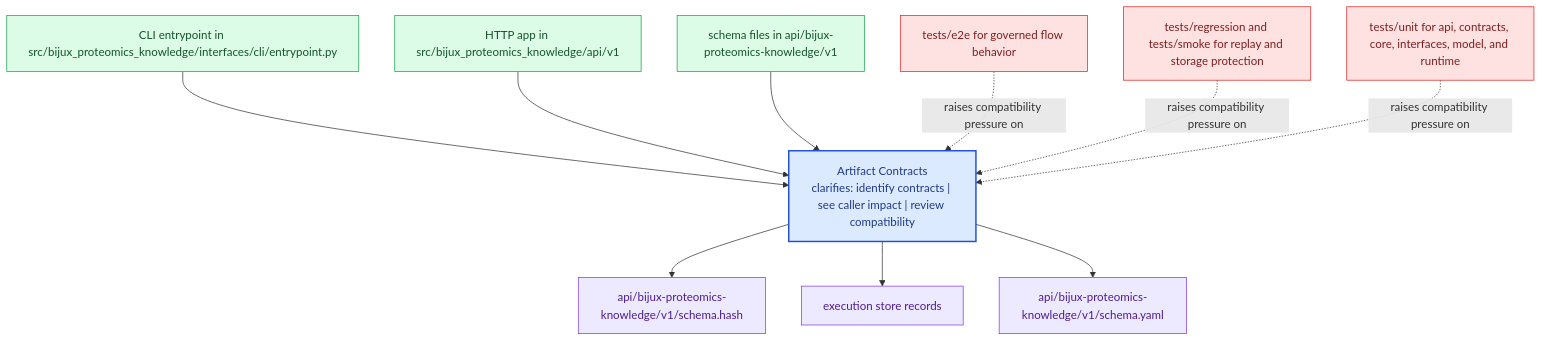
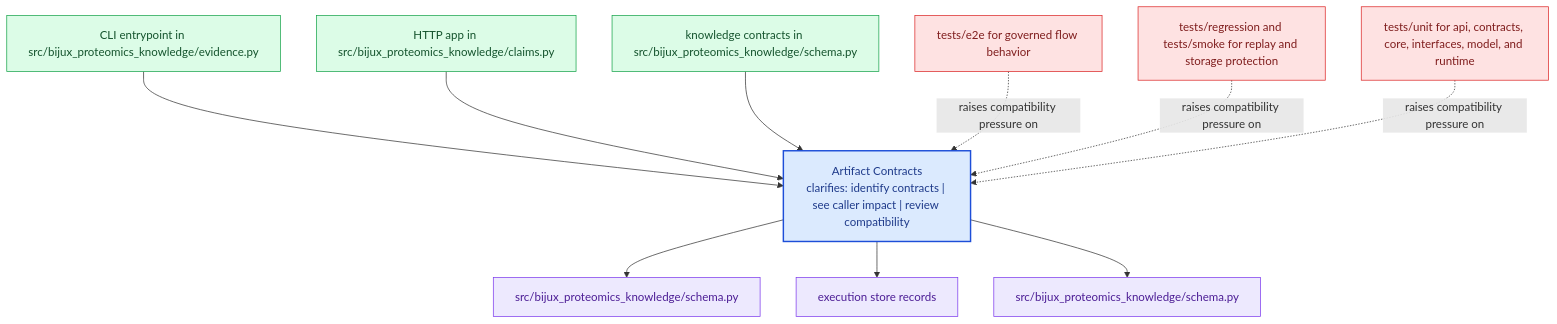
The diagram in docs/bijux-proteomics-knowledge/interfaces/artifact-contracts.md (bijux/bijux-proteomics), drawn with Mermaid before and after one commit. The commit also changed other lines of this file and 24 other files, not shown here.

Commit message:
docs(bijux-proteomics-knowledge): align handbook with evidence and claim system boundaries

````diff
--- a/docs/bijux-proteomics-knowledge/interfaces/artifact-contracts.md
+++ b/docs/bijux-proteomics-knowledge/interfaces/artifact-contracts.md
@@ -23,31 +23,31 @@
 ```mermaid
 flowchart TB
     page["Artifact Contracts<br/>clarifies: identify contracts | see caller impact | review compatibility"]
     classDef page fill:#dbeafe,stroke:#1d4ed8,color:#1e3a8a,stroke-width:2px;
     classDef positive fill:#dcfce7,stroke:#16a34a,color:#14532d;
     classDef caution fill:#fee2e2,stroke:#dc2626,color:#7f1d1d;
     classDef anchor fill:#ede9fe,stroke:#7c3aed,color:#4c1d95;
     classDef action fill:#fef3c7,stroke:#d97706,color:#7c2d12;
-    surface1["CLI entrypoint in src/bijux_proteomics_knowledge/interfaces/cli/entrypoint.py"]
+    surface1["CLI entrypoint in src/bijux_proteomics_knowledge/evidence.py"]
     surface1 --> page
-    surface2["HTTP app in src/bijux_proteomics_knowledge/api/v1"]
+    surface2["HTTP app in src/bijux_proteomics_knowledge/claims.py"]
     surface2 --> page
-    surface3["schema files in api/bijux-proteomics-knowledge/v1"]
+    surface3["knowledge contracts in src/bijux_proteomics_knowledge/schema.py"]
     surface3 --> page
-    proof1["api/bijux-proteomics-knowledge/v1/schema.hash"]
+    proof1["src/bijux_proteomics_knowledge/schema.py"]
     page --> proof1
     proof2["execution store records"]
     page --> proof2
-    proof3["api/bijux-proteomics-knowledge/v1/schema.yaml"]
+    proof3["src/bijux_proteomics_knowledge/schema.py"]
     page --> proof3
     review1["tests/e2e for governed flow behavior"]
     review1 -.raises compatibility pressure on.-> page
     review2["tests/regression and tests/smoke for replay and storage protection"]
     review2 -.raises compatibility pressure on.-> page
     review3["tests/unit for api, contracts, core, interfaces, model, and runtime"]
     review3 -.raises compatibility pressure on.-> page
     class page page;
     class surface1,surface2,surface3 positive;
     class proof1,proof2,proof3 anchor;
     class review1,review2,review3 caution;
 ```
````
